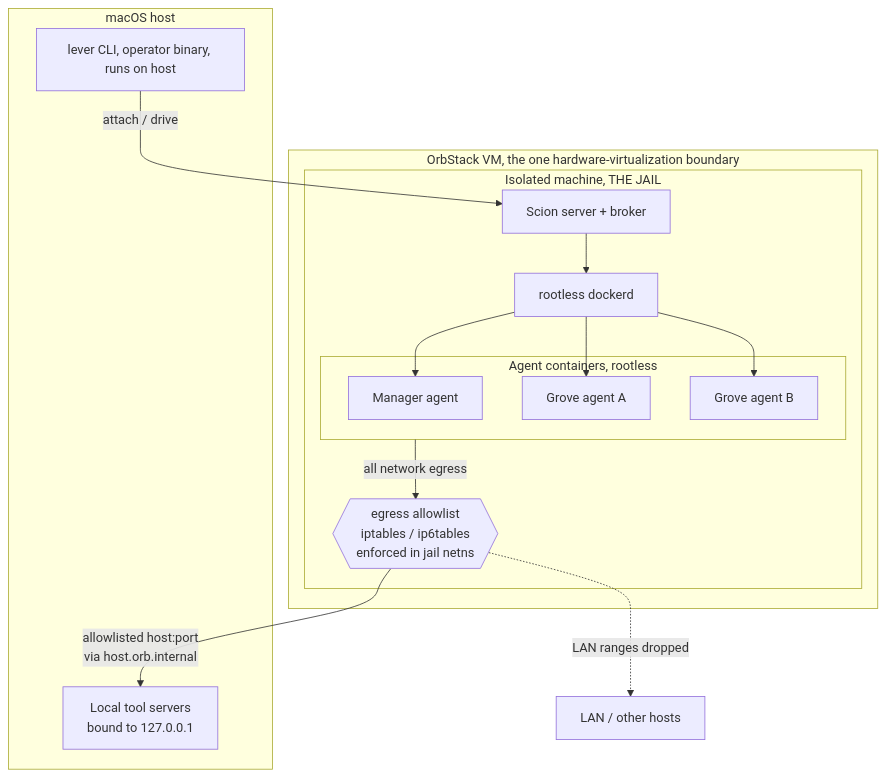
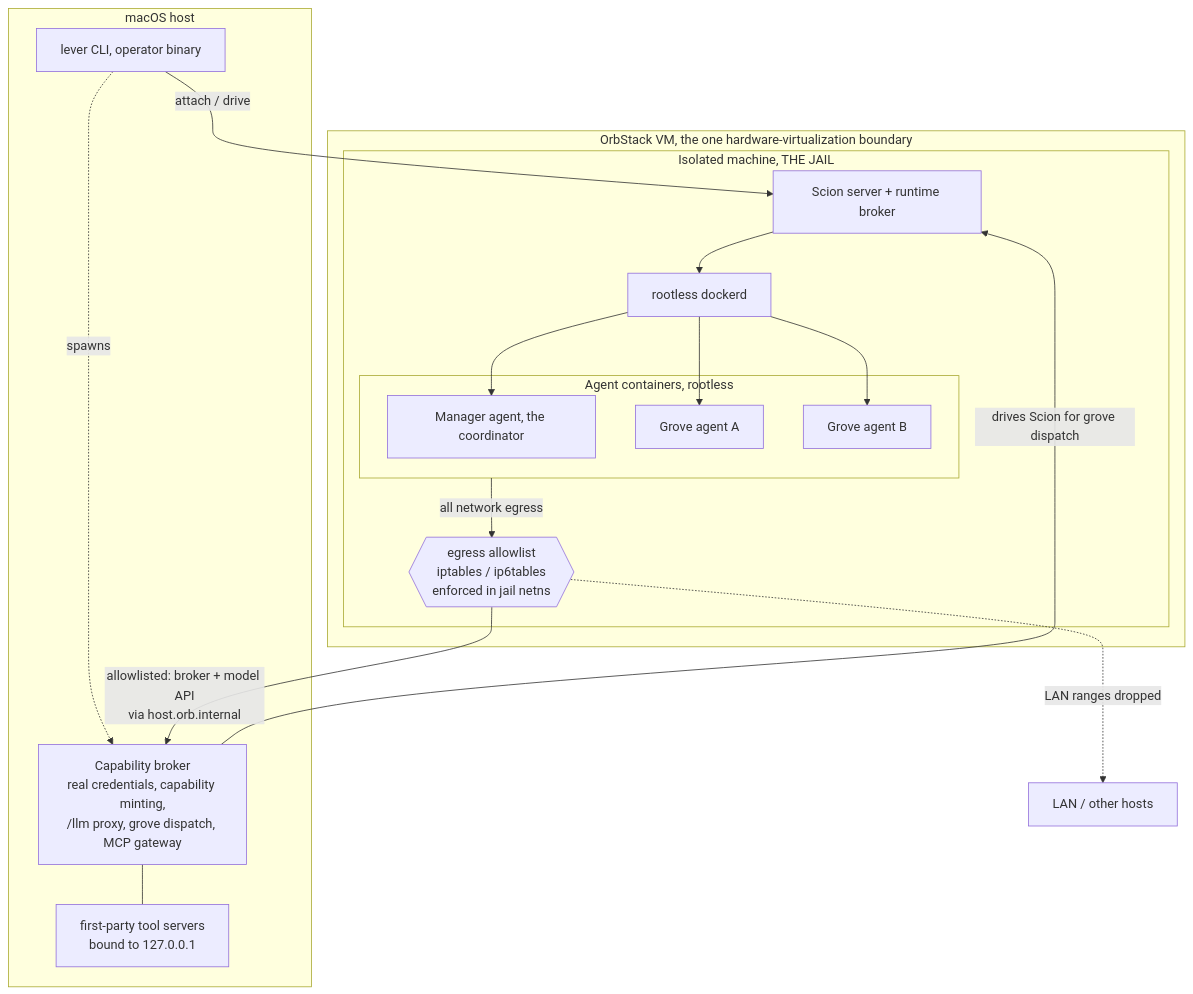
Before and after one commit to stevegeek/lever: the first of 3 diagrams in docs-site/_guides/architecture.md, drawn with Mermaid. The commit also changed 1 other file, not shown here.

Commit message:
docs: enrich the architecture diagrams; show the host-side capability broker
Replace the README overview diagram with one that shows the host/jail/container
boundaries, the host-side capability broker (real credentials, /grove/* + /llm +
MCP gateway), and the in-place bind-mounts (whole tree to the coordinator, own
subdir to each grove). Disambiguate the two brokers throughout: Lever's capability
broker is host-side; Scion's runtime broker is in-jail. Add the capability broker
to the architecture.md layers diagram and route the allowlisted egress to it.

````diff
--- a/docs-site/_guides/architecture.md
+++ b/docs-site/_guides/architecture.md
@@ -25,27 +25,31 @@
 ```mermaid
 graph TD
     subgraph host[macOS host]
-        L[lever CLI, operator binary, runs on host]
-        MCP[Local tool servers<br/>bound to 127.0.0.1]
+        L[lever CLI, operator binary]
+        BK["Capability broker<br/>real credentials, capability minting,<br/>/llm proxy, grove dispatch, MCP gateway"]
+        MCP[first-party tool servers<br/>bound to 127.0.0.1]
     end
     subgraph vm[OrbStack VM, the one hardware-virtualization boundary]
         subgraph jail[Isolated machine, THE JAIL]
-            SS[Scion server + broker]
+            SS[Scion server + runtime broker]
             RD[rootless dockerd]
             FW{{egress allowlist<br/>iptables / ip6tables<br/>enforced in jail netns}}
             subgraph agents[Agent containers, rootless]
-                MGR[Manager agent]
+                MGR[Manager agent, the coordinator]
                 GA[Grove agent A]
                 GB[Grove agent B]
             end
         end
     end
     L -->|attach / drive| SS
+    L -.->|spawns| BK
     SS --> RD
     RD --> MGR
     RD --> GA
     RD --> GB
+    BK --- MCP
+    BK -->|drives Scion for grove dispatch| SS
     agents -->|all network egress| FW
-    FW -->|allowlisted host:port<br/>via host.orb.internal| MCP
+    FW -->|"allowlisted: broker + model API<br/>via host.orb.internal"| BK
     FW -.->|LAN ranges dropped| LAN[LAN / other hosts]
 ```
````
